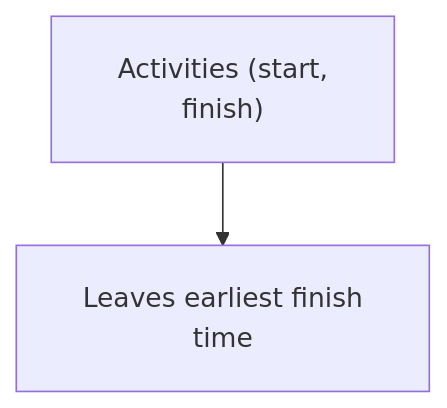
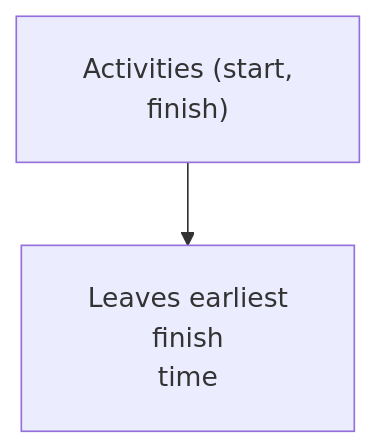
The first of 4 diagrams in week_12_greedy_and_paradigms/WEEK_12_FULL_PLAYBOOK.md (dip4k/DSA_102), drawn with Mermaid before and after one commit. The commit also changed other lines of this file and 106 other files, not shown here.

First line of the commit message:
fix(mermaid): prevent text clipping with foreignObject overflow and tighter line wrapping

````diff
--- a/week_12_greedy_and_paradigms/WEEK_12_FULL_PLAYBOOK.md
+++ b/week_12_greedy_and_paradigms/WEEK_12_FULL_PLAYBOOK.md
@@ -138,6 +138,6 @@
 ```mermaid
-%%{init: {"flowchart": {"htmlLabels": true, "padding": 20}}}%%
+%%{init: {"flowchart": {"htmlLabels": true, "padding": 20}, "themeCSS": "foreignObject { overflow: visible !important; }"}}%%
 flowchart TD
     R["Activities (start,<br/>finish)"]
-    R --> N1["Leaves earliest finish<br/>time"]
+    R --> N1["Leaves earliest<br/>finish<br/>time"]
 ```
````
